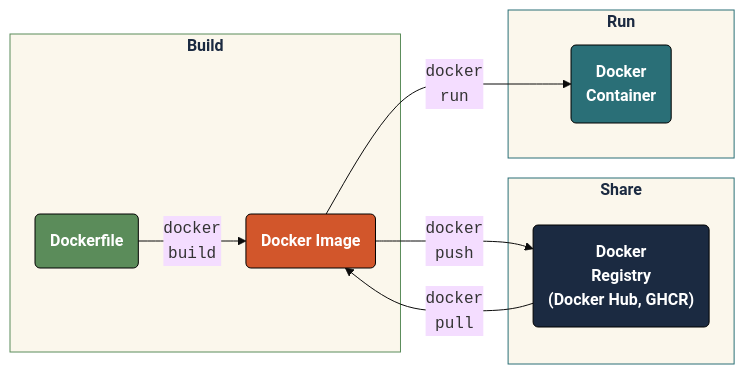
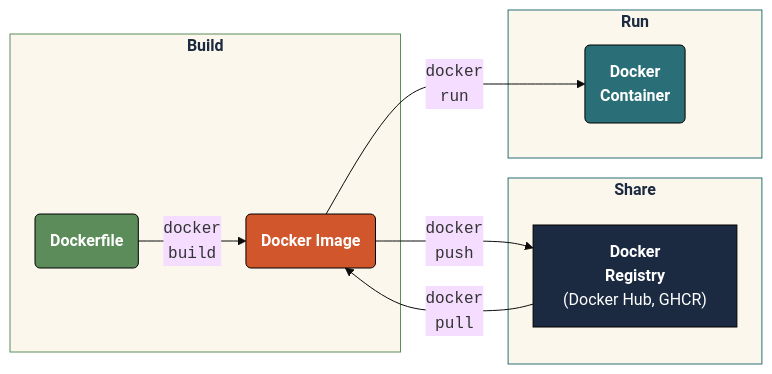
One commit to mjfrigaard/do4ds-labs changed the diagram in lab06.qmd. Above: the diagram before and after it, drawn with Mermaid. The commit also changed 28 other files, not shown here.

Commit message:
updates to mermaids

````diff
--- a/lab06.qmd
+++ b/lab06.qmd
@@ -38,32 +38,32 @@
 ```{mermaid}
 %%| fig-cap: ‘Docker components’
 %%| fig-width: 7.0
 %%| fig-align: 'center'
 %%{init: {'theme': 'base', 'themeVariables': {'fontFamily': 'monospace'}}}%%
 
 graph LR
     subgraph Build["<strong>Build</strong>"]
         DF("<strong>Dockerfile</strong>")
         Img("<strong>Docker Image</strong>")
         DF -->|"<code>docker<br>build</code>"| Img
     end
 
     subgraph Share["<strong>Share</strong>"]
-        Reg("<strong>Docker<br>Registry<strong><br>(Docker Hub, GHCR)")
+        Reg["<strong>Docker<br>Registry</strong><br>(Docker Hub, GHCR)"]
         Img -->|"<code>docker<br>push</code>"| Reg
         Reg -->|"<code>docker<br>pull</code>"| Img
     end
 
     subgraph Run["<strong>Run</strong>"]
         Con("<strong>Docker<br>Container</strong>")
         Img -->|"<code>docker<br>run</code>"| Con
     end
 
     style Build fill:#fbf7ec,stroke:#5B8C5A,color:#1B2A41
     style Share fill:#fbf7ec,stroke:#2A6F77,color:#1B2A41
     style Run fill:#fbf7ec,stroke:#2A6F77,color:#1B2A41
     style DF fill:#5B8C5A,stroke:#000000,stroke-width:1px,color:#ffffff
     style Img fill:#D2562B,stroke:#000000,stroke-width:1px,color:#ffffff
     style Reg fill:#1B2A41,stroke:#000000,stroke-width:1px,color:#ffffff
     style Con fill:#2A6F77,stroke:#000000,stroke-width:1px,color:#ffffff
 ```
````
